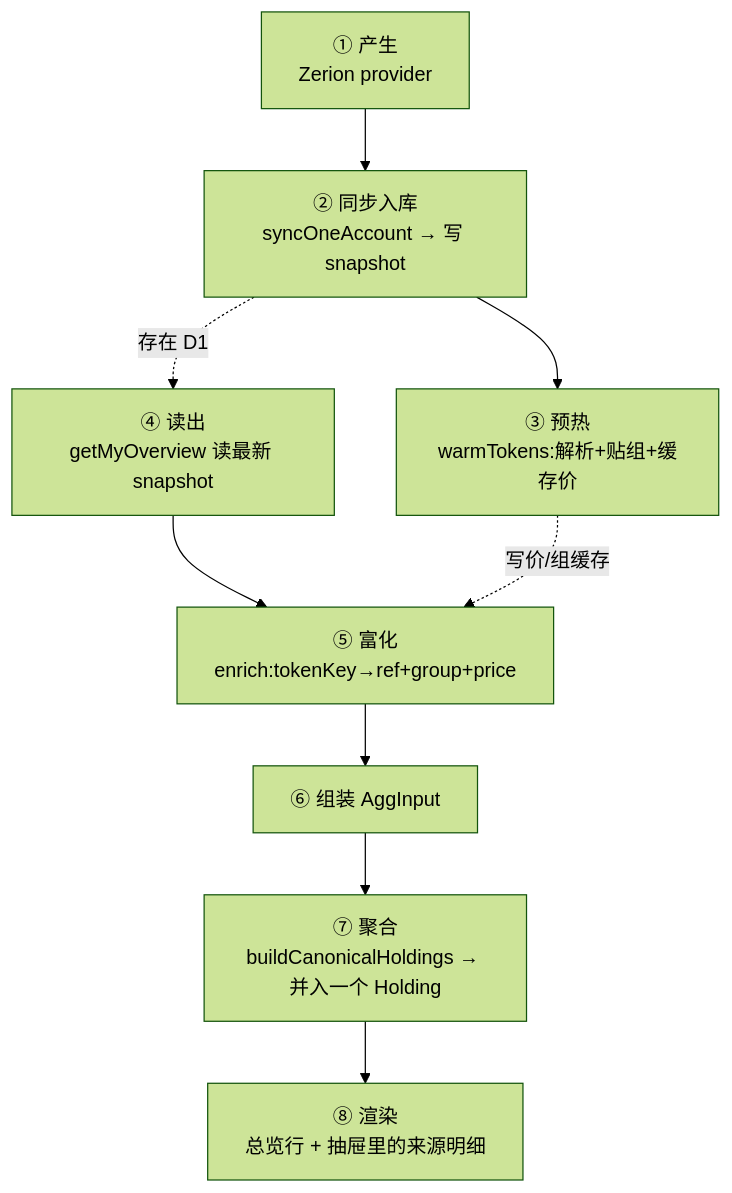
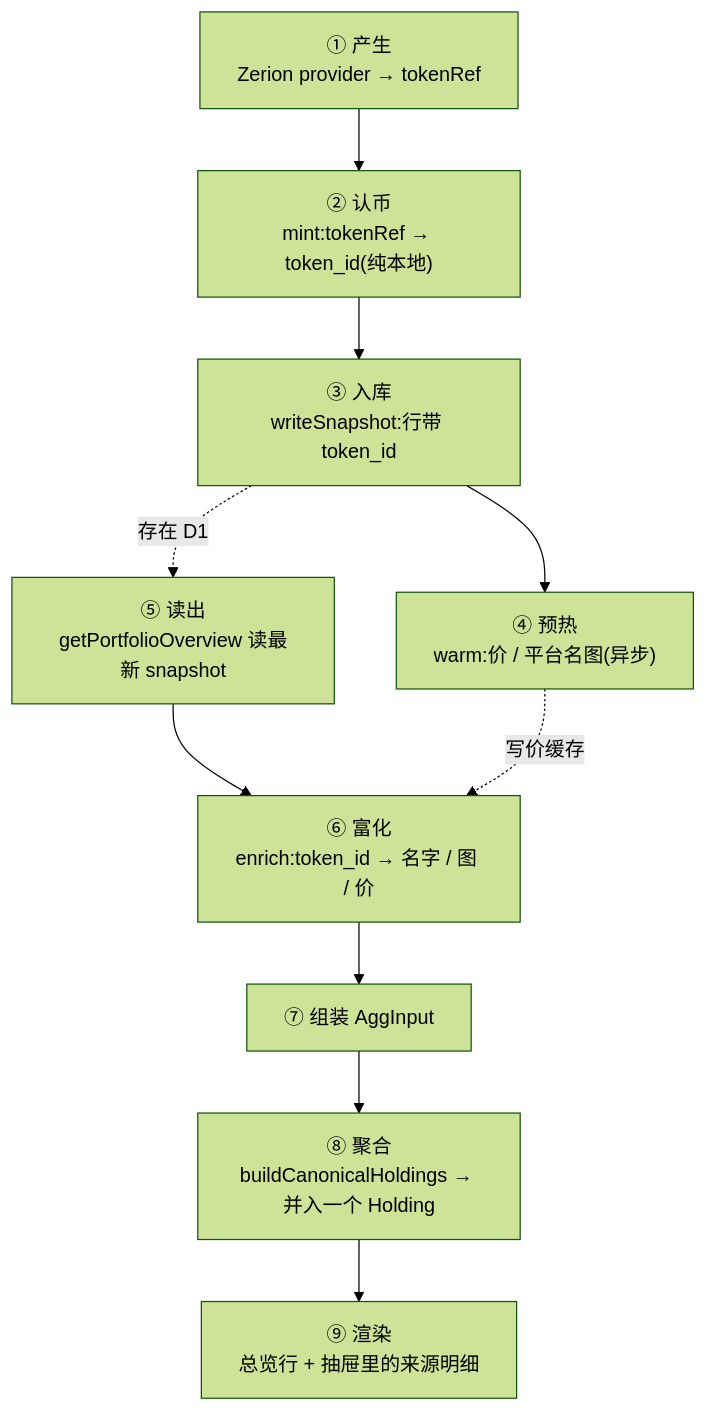
The diagram in docs/architecture/02-canonical-aggregation.md (x0finch/folio2), drawn with Mermaid (forest theme) before and after one commit. The commit also changed other lines of this file and 3 other files, not shown here.

````diff
--- a/docs/architecture/02-canonical-aggregation.md
+++ b/docs/architecture/02-canonical-aggregation.md
@@ -6,11 +7,12 @@
 ```mermaid
 flowchart TD
-    P["① 产生<br/>Zerion provider"] --> S["② 同步入库<br/>syncOneAccount → 写 snapshot"]
-    S --> W["③ 预热<br/>warmTokens:解析+贴组+缓存价"]
-    R["④ 读出<br/>getMyOverview 读最新 snapshot"] --> E["⑤ 富化<br/>enrich:tokenKey→ref+group+price"]
-    E --> AG["⑥ 组装 AggInput"]
-    AG --> M["⑦ 聚合<br/>buildCanonicalHoldings → 并入一个 Holding"]
-    M --> RD["⑧ 渲染<br/>总览行 + 抽屉里的来源明细"]
+    P["① 产生<br/>Zerion provider → tokenRef"] --> M["② 认币<br/>mint:tokenRef → token_id(纯本地)"]
+    M --> S["③ 入库<br/>writeSnapshot:行带 token_id"]
+    S --> W["④ 预热<br/>warm:价 / 平台名图(异步)"]
+    R["⑤ 读出<br/>getPortfolioOverview 读最新 snapshot"] --> E["⑥ 富化<br/>enrich:token_id → 名字 / 图 / 价"]
+    E --> AG["⑦ 组装 AggInput"]
+    AG --> AGG["⑧ 聚合<br/>buildCanonicalHoldings → 并入一个 Holding"]
+    AGG --> RD["⑨ 渲染<br/>总览行 + 抽屉里的来源明细"]
     S -.存在 D1.-> R
-    W -.写价/组缓存.-> E
+    W -.写价缓存.-> E
 ```
````
